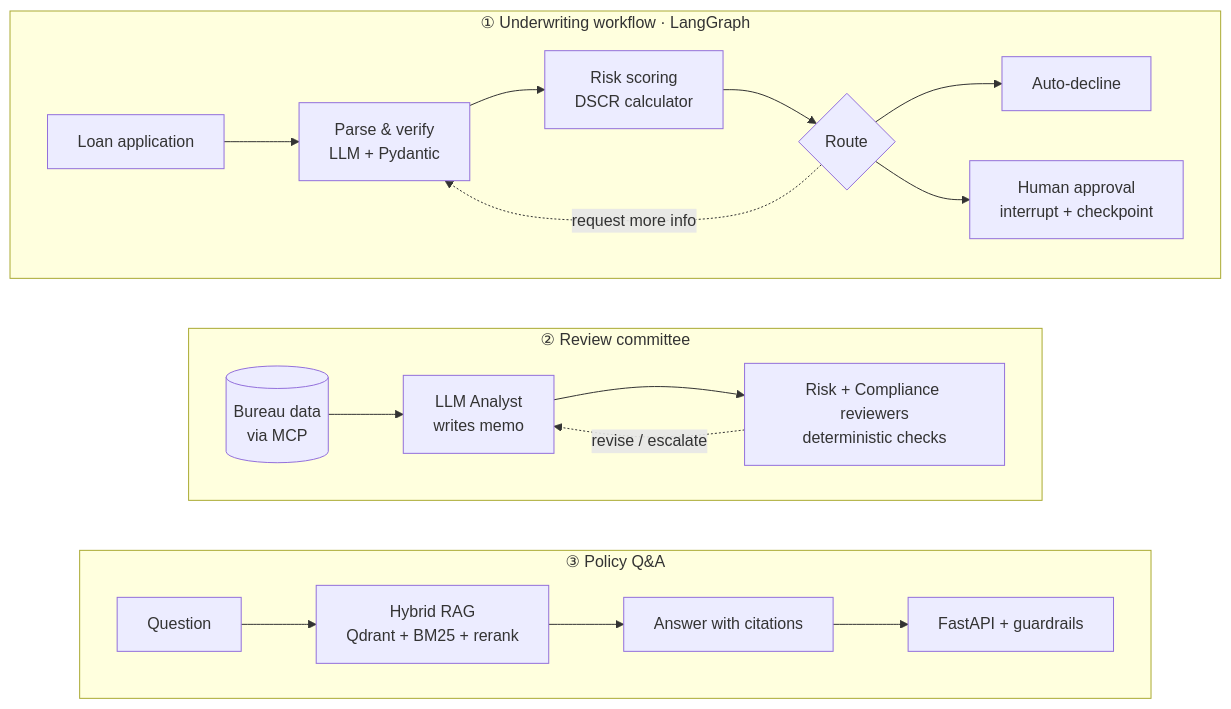
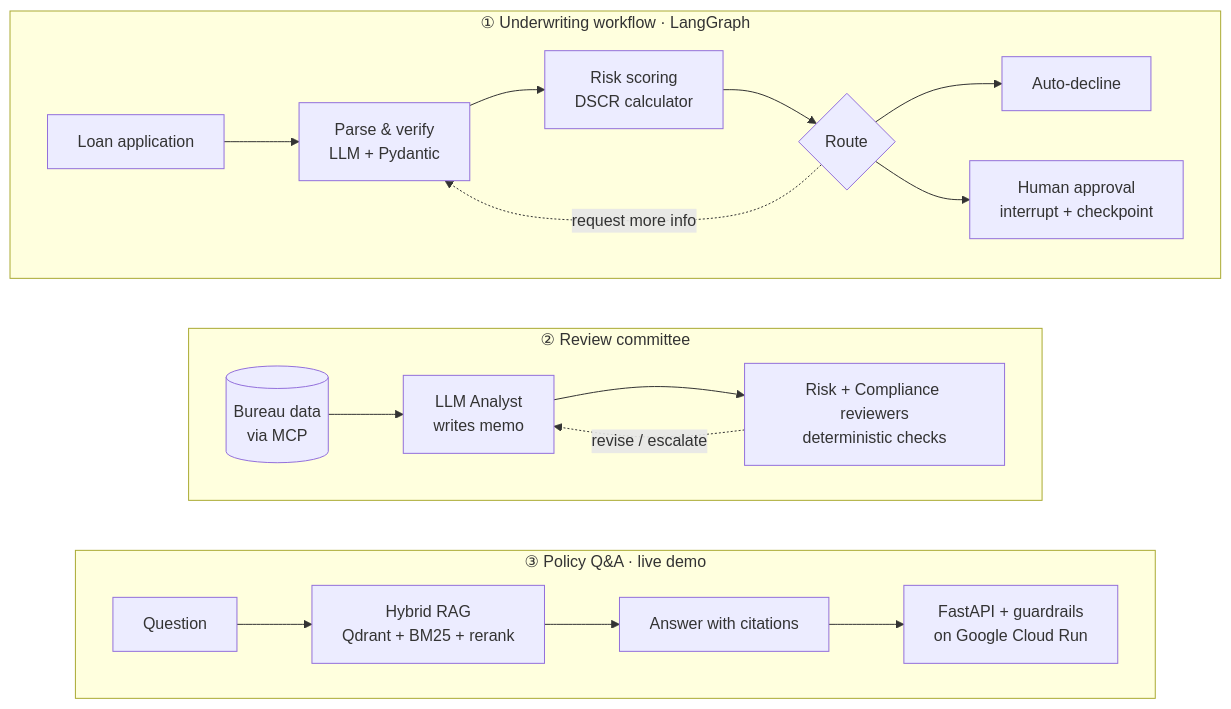
The diagram in README.md (abhi-1006/abhi-1006), drawn with Mermaid before and after one commit. The commit also changed other lines of this file, not shown here.

Commit message:
Add live demo and Cloud Run deployment

````diff
--- a/README.md
+++ b/README.md
@@ -30,25 +34,25 @@
 ```mermaid
 flowchart TB
     subgraph UW["① Underwriting workflow · LangGraph"]
         direction LR
         A[Loan application] --> B["Parse & verify<br/>LLM + Pydantic"]
         B --> C["Risk scoring<br/>DSCR calculator"]
         C --> E{Route}
         E --> F[Auto-decline]
         E --> G["Human approval<br/>interrupt + checkpoint"]
         E -. request more info .-> B
     end
     subgraph CM["② Review committee"]
         direction LR
         MCP[("Bureau data<br/>via MCP")] --> H["LLM Analyst<br/>writes memo"]
         H --> R["Risk + Compliance reviewers<br/>deterministic checks"]
         R -. revise / escalate .-> H
     end
-    subgraph QA["③ Policy Q&A"]
+    subgraph QA["③ Policy Q&A · live demo"]
         direction LR
         K[Question] --> L["Hybrid RAG<br/>Qdrant + BM25 + rerank"]
         L --> M[Answer with citations]
-        M --> API["FastAPI + guardrails"]
+        M --> API["FastAPI + guardrails<br/>on Google Cloud Run"]
     end
     UW ~~~ CM ~~~ QA
 ```
````
